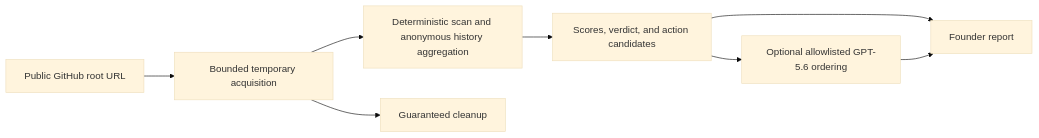
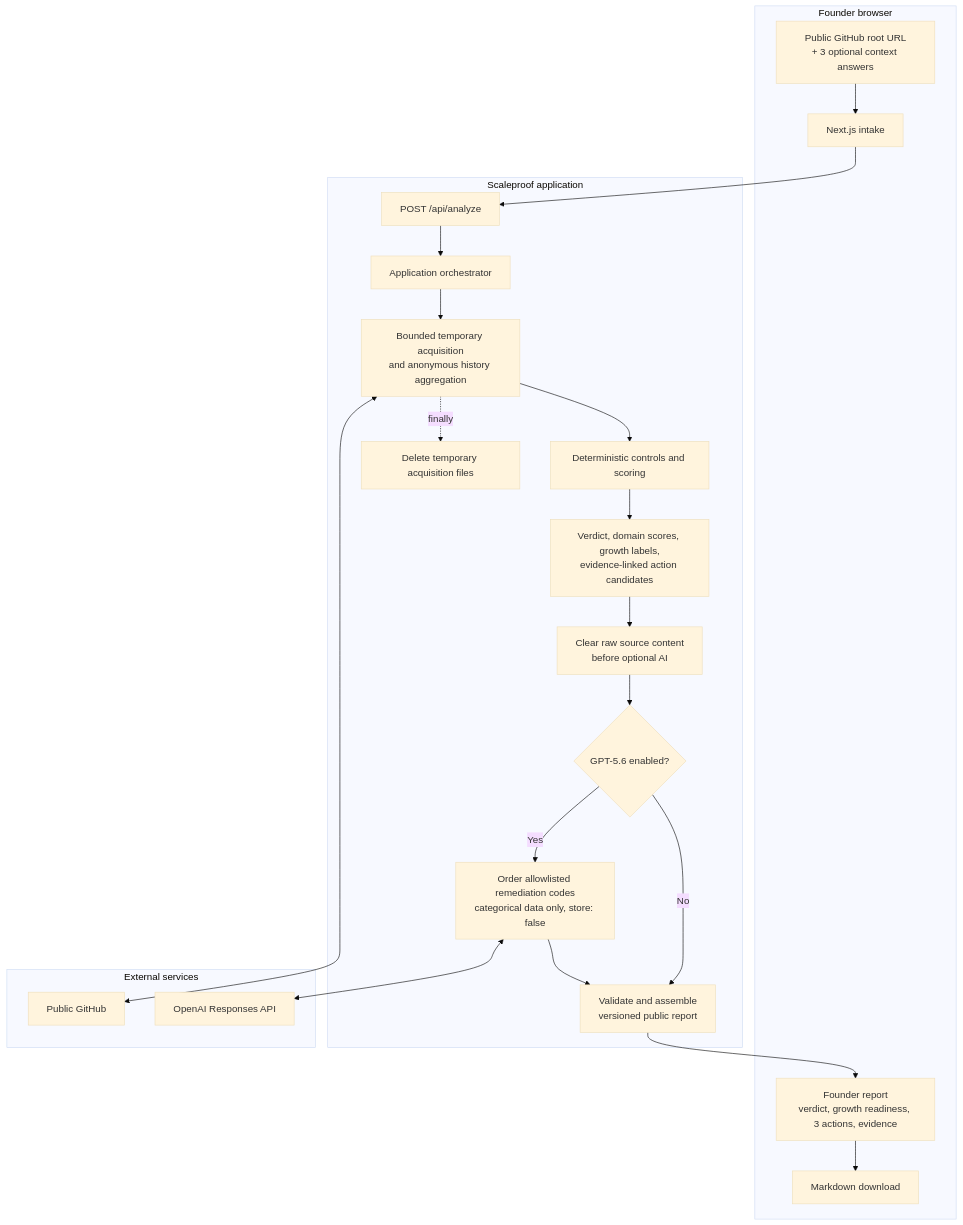
One commit to jozefant/scaleproof changed the diagram in README.md. Above: the diagram before and after it, drawn with Mermaid (base theme). The commit also changed 5 other files, not shown here.

````diff
--- a/README.md
+++ b/README.md
@@ -73,10 +73,39 @@
 ```mermaid
-flowchart LR
-    A[Public GitHub root URL] --> B[Bounded temporary acquisition]
-    B --> C[Deterministic scan and anonymous history aggregation]
-    C --> D[Scores, verdict, and action candidates]
-    D --> E[Optional allowlisted GPT-5.6 ordering]
-    D --> F[Founder report]
-    E --> F
-    B --> G[Guaranteed cleanup]
+flowchart TD
+    subgraph Browser["Founder browser"]
+        A["Public GitHub root URL<br/>+ 3 optional context answers"]
+        B["Next.js intake"]
+        K["Founder report<br/>verdict, growth readiness, 3 actions, evidence"]
+        L["Markdown download"]
+        A --> B
+        K --> L
+    end
+
+    subgraph Scaleproof["Scaleproof application"]
+        C["POST /api/analyze"]
+        D["Application orchestrator"]
+        E["Bounded temporary acquisition<br/>and anonymous history aggregation"]
+        F["Deterministic controls and scoring"]
+        G["Verdict, domain scores, growth labels,<br/>evidence-linked action candidates"]
+        N["Clear raw source content<br/>before optional AI"]
+        H{"GPT-5.6 enabled?"}
+        I["Order allowlisted remediation codes<br/>categorical data only, store: false"]
+        J["Validate and assemble<br/>versioned public report"]
+        M["Delete temporary acquisition files"]
+
+        C --> D --> E --> F --> G --> N --> H
+        H -- No --> J
+        H -- Yes --> I --> J
+        E -. finally .-> M
+    end
+
+    subgraph External["External services"]
+        GH["Public GitHub"]
+        OAI["OpenAI Responses API"]
+    end
+
+    B --> C
+    E <--> GH
+    I <--> OAI
+    J --> K
 ```
````
